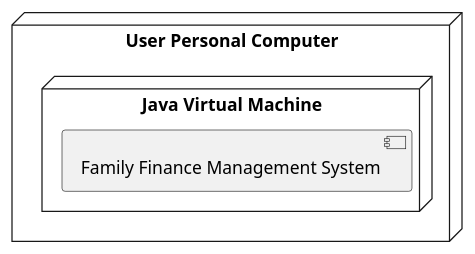
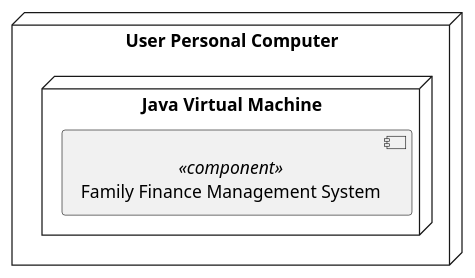
Before and after one commit to tomas-osswald/switch_2020_g3: the diagram in docs/sprint1/diagrams/DeploymentView.md, drawn with PlantUML. The commit also changed 1 other file, not shown here.

Commit message:
Change to DeploymentView.md and LogicView.md

````diff
--- a/docs/sprint1/diagrams/DeploymentView.md
+++ b/docs/sprint1/diagrams/DeploymentView.md
@@ -4,8 +4,8 @@
 ```puml
 node "User Personal Computer" {
     node "Java Virtual Machine" {
-        component "Family Finance Management System" {
+        component "Family Finance Management System" <<component>> {
         }
     }
 }
 ```
````
